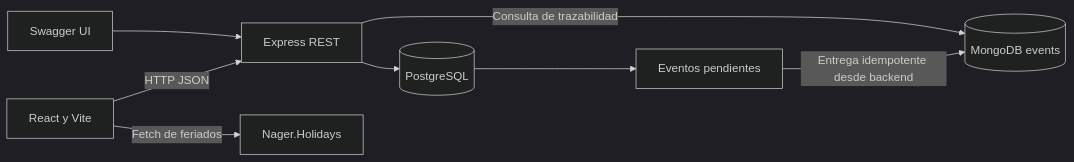
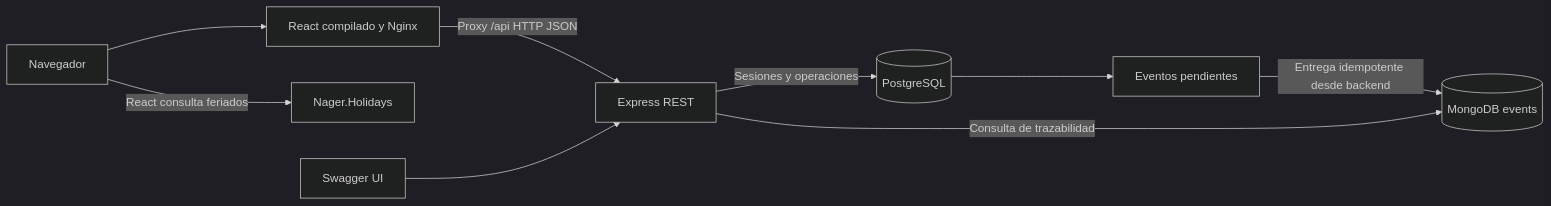
Before and after one commit to MartinCerpa/barberbook-taller-2: the diagram in README.md, drawn with Mermaid (dark theme). The commit also changed other lines of this file, not shown here.

````diff
--- a/README.md
+++ b/README.md
@@ -32,10 +37,11 @@
 ```mermaid
 flowchart LR
-  React[React y Vite] -->|HTTP JSON| API[Express REST]
-  React -->|Fetch de feriados| Nager[Nager.Holidays]
-  API --> PG[(PostgreSQL)]
+  Browser[Navegador] --> Web[React compilado y Nginx]
+  Web -->|Proxy /api HTTP JSON| API[Express REST]
+  API -->|Sesiones y operaciones| PG[(PostgreSQL)]
+  Browser -->|React consulta feriados| Nager[Nager.Holidays]
   PG --> Outbox[Eventos pendientes]
   Outbox -->|Entrega idempotente desde backend| Mongo[(MongoDB events)]
   API -->|Consulta de trazabilidad| Mongo
   Swagger[Swagger UI] --> API
 ```
````
